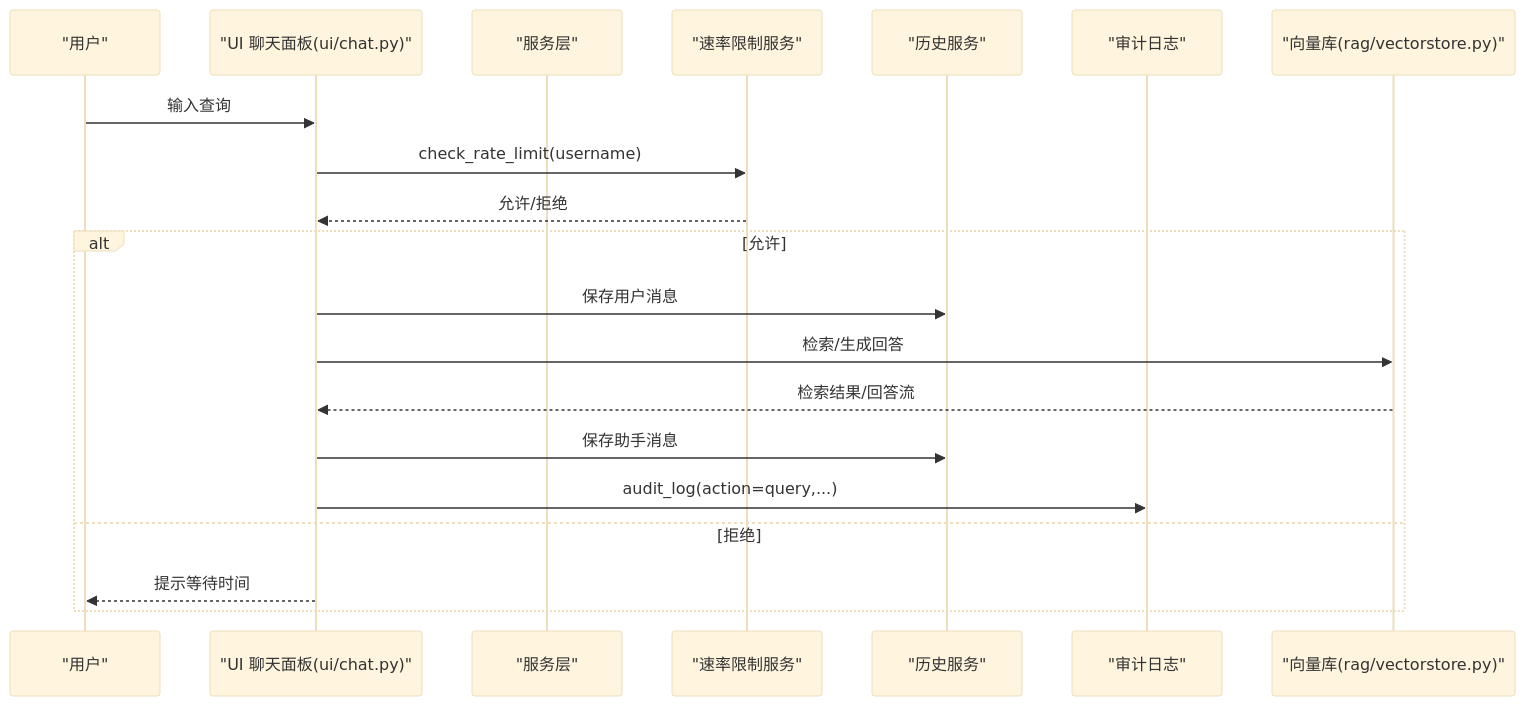
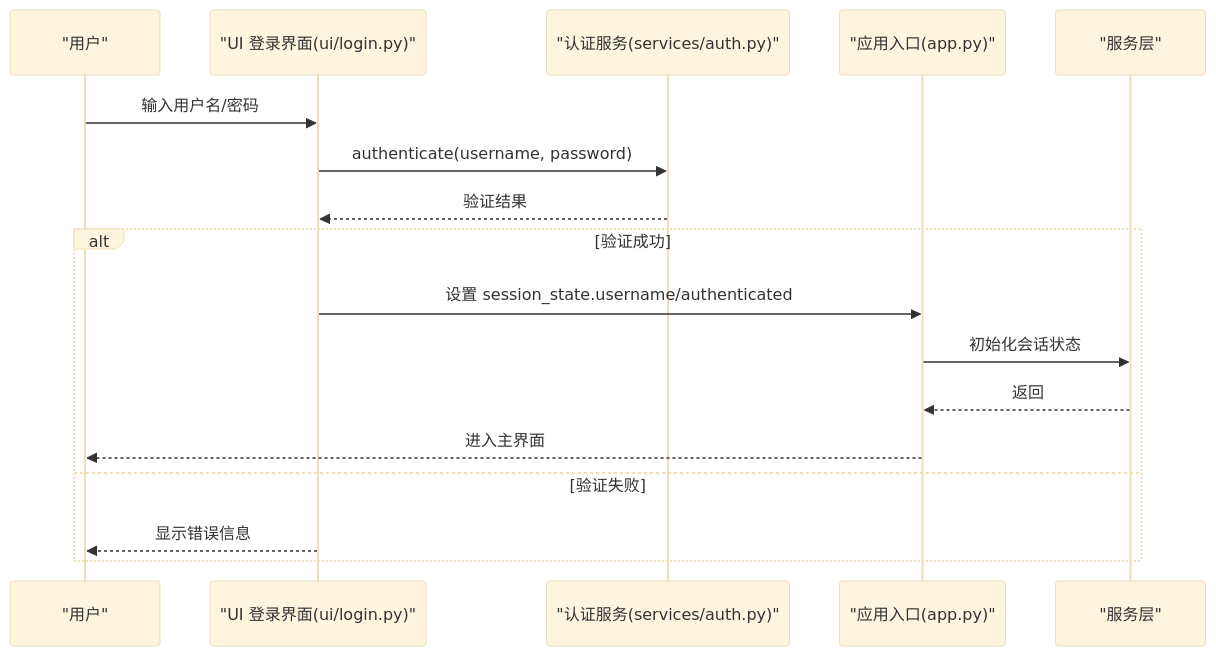
Before and after one commit to joyafa/knowledge: the second of 9 diagrams in .qoder/repowiki/zh/content/业务服务层/业务服务层.md, drawn with Mermaid (base theme). The commit also changed other lines of this file and 16 other files, not shown here.

````diff
--- a/.qoder/repowiki/zh/content/业务服务层/业务服务层.md
+++ b/.qoder/repowiki/zh/content/业务服务层/业务服务层.md
@@ -112,22 +138,19 @@
 ```mermaid
 sequenceDiagram
 participant U as "用户"
-participant UI as "UI 聊天面板(ui/chat.py)"
+participant UI as "UI 登录界面(ui/login.py)"
+participant AUTH as "认证服务(services/auth.py)"
+participant APP as "应用入口(app.py)"
 participant SVC as "服务层"
-participant RL as "速率限制服务"
-participant HIS as "历史服务"
-participant LOG as "审计日志"
-participant VS as "向量库(rag/vectorstore.py)"
-U->>UI : 输入查询
-UI->>RL : check_rate_limit(username)
-RL-->>UI : 允许/拒绝
-alt 允许
-UI->>HIS : 保存用户消息
-UI->>VS : 检索/生成回答
-VS-->>UI : 检索结果/回答流
-UI->>HIS : 保存助手消息
-UI->>LOG : audit_log(action=query,...)
-else 拒绝
-UI-->>U : 提示等待时间
+U->>UI : 输入用户名/密码
+UI->>AUTH : authenticate(username, password)
+AUTH-->>UI : 验证结果
+alt 验证成功
+UI->>APP : 设置 session_state.username/authenticated
+APP->>SVC : 初始化会话状态
+SVC-->>APP : 返回
+APP-->>U : 进入主界面
+else 验证失败
+UI-->>U : 显示错误信息
 end
 ```
````
